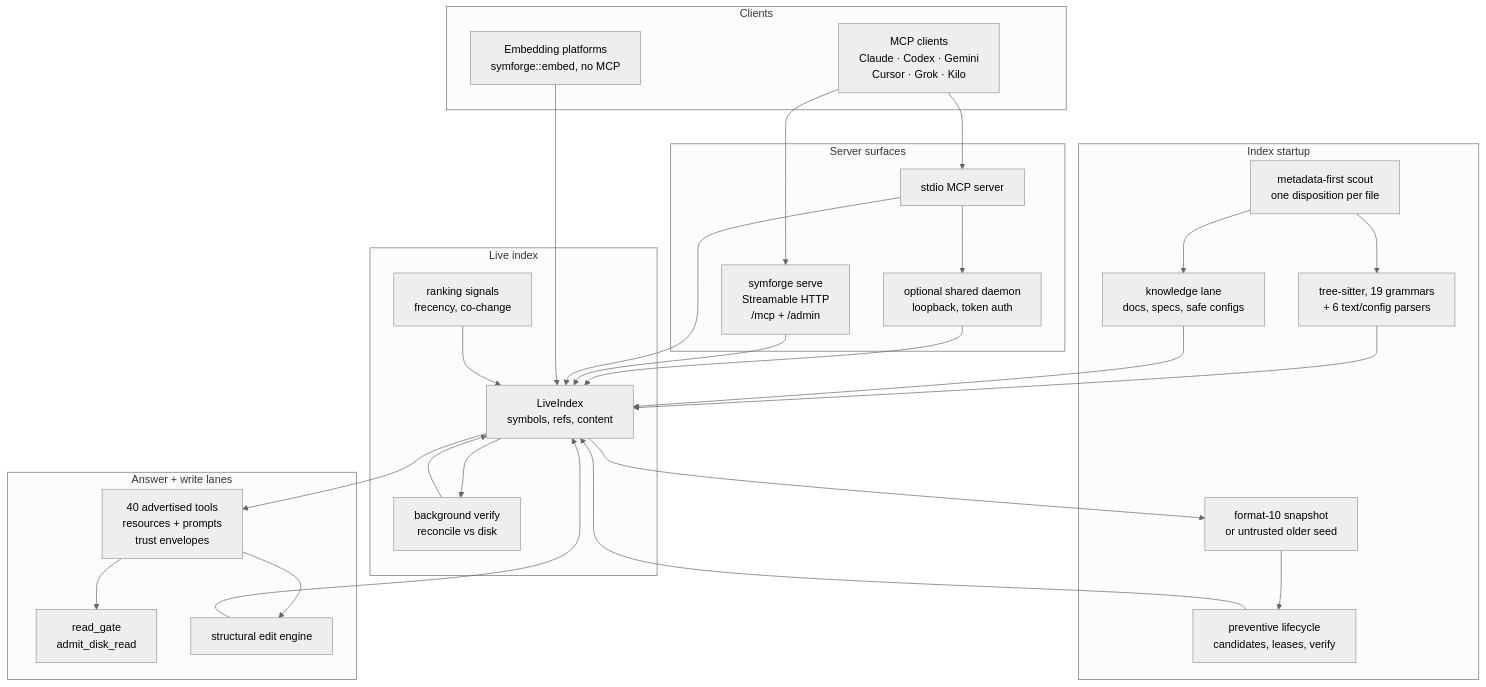
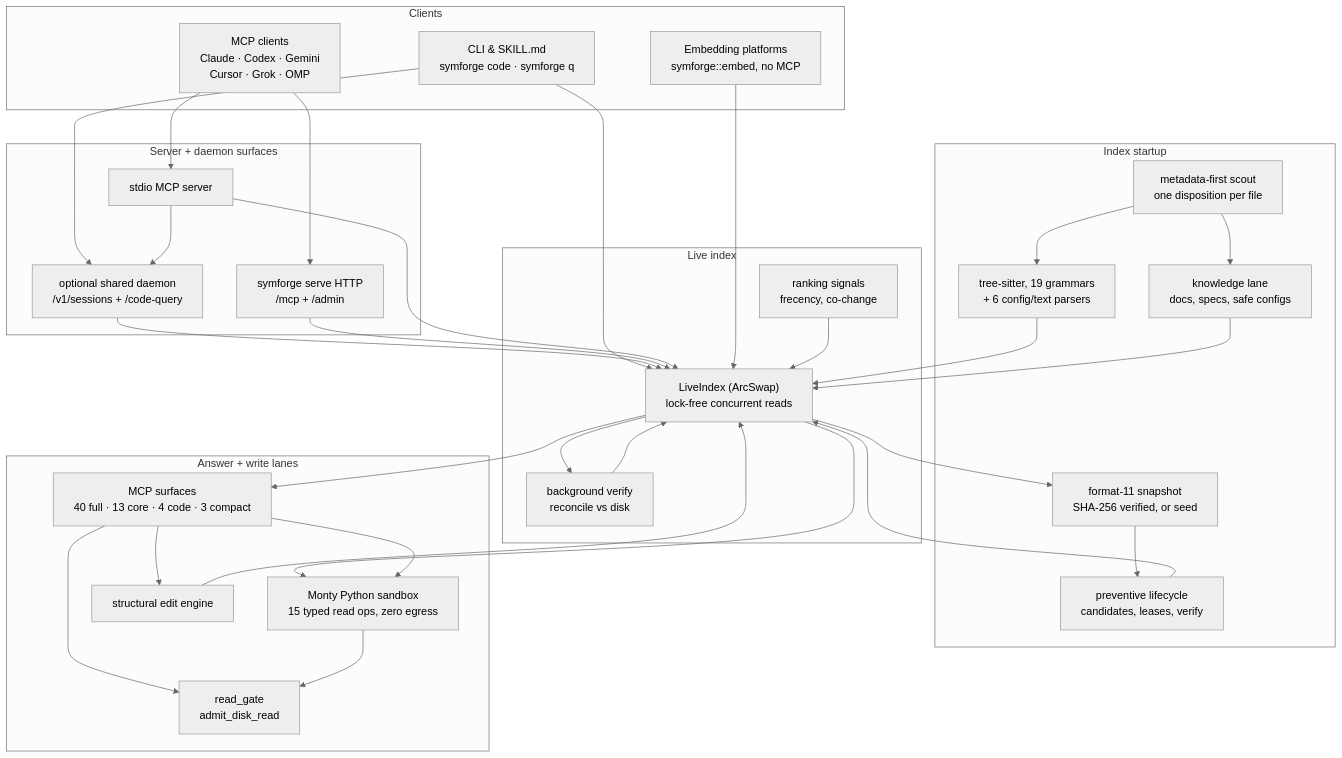
The diagram in README.md (special-place-ai-heaven/symforge), drawn with Mermaid (neutral theme) before and after one commit. The commit also changed other lines of this file, not shown here.

First line of the commit message:
docs(readme): rewrite README.md for SymForge 12.0.0 and Code Mode

````diff
--- a/README.md
+++ b/README.md
@@ -44,57 +48,64 @@
 ```mermaid
 %%{init: {"flowchart": {"htmlLabels": false, "wrappingWidth": 400}}}%%
 flowchart TD
-    accTitle: SymForge architecture
-    accDescr: MCP clients reach the server over stdio or HTTP, embedders call the engine in-process. Startup restores a current-format snapshot or treats an older file as an untrusted seed, then the preventive lifecycle and admission scout feed the live index, which backs the tool, read-gate, and edit lanes.
+    accTitle: SymForge 12.0.0 architecture
+    accDescr: MCP clients, shell-skill agents, and Rust embedders query one LiveIndex backed by ArcSwap lock-free reads. Startup restores a SHA-256-verified format-11 snapshot or treats older formats as untrusted seeds, while MCP surfaces, the Monty zero-egress Python sandbox, admit_disk_read, and the structural edit engine share the live index.
 
     subgraph Clients["Clients"]
-        MCP["MCP clients\nClaude · Codex · Gemini\nCursor · Grok · Kilo"]
+        MCP["MCP clients\nClaude · Codex · Gemini\nCursor · Grok · OMP"]
+        CLI["CLI & SKILL.md\nsymforge code · symforge q"]
         LIB["Embedding platforms\nsymforge::embed, no MCP"]
     end
 
-    subgraph Surfaces["Server surfaces"]
+    subgraph Surfaces["Server + daemon surfaces"]
         STDIO["stdio MCP server"]
-        HTTP["symforge serve\nStreamable HTTP\n/mcp + /admin"]
-        DAEMON["optional shared daemon\nloopback, token auth"]
+        HTTP["symforge serve HTTP\n/mcp + /admin"]
+        DAEMON["optional shared daemon\n/v1/sessions + /code-query"]
     end
 
     subgraph Startup["Index startup"]
-        SNAP["format-10 snapshot\nor untrusted older seed"]
+        SNAP["format-11 snapshot\nSHA-256 verified, or seed"]
         SCOUT["metadata-first scout\none disposition per file"]
-        PARSE["tree-sitter, 19 grammars\n+ 6 text/config parsers"]
+        PARSE["tree-sitter, 19 grammars\n+ 6 config/text parsers"]
         KNOW["knowledge lane\ndocs, specs, safe configs"]
         LIFE["preventive lifecycle\ncandidates, leases, verify"]
     end
 
     subgraph Core["Live index"]
-        IDX["LiveIndex\nsymbols, refs, content"]
+        IDX["LiveIndex (ArcSwap)\nlock-free concurrent reads"]
         SIG["ranking signals\nfrecency, co-change"]
         VERIFY["background verify\nreconcile vs disk"]
     end
 
     subgraph Lanes["Answer + write lanes"]
-        TOOLS["40 advertised tools\nresources + prompts\ntrust envelopes"]
+        SURF["MCP surfaces\n40 full · 13 core · 4 code · 3 compact"]
+        SANDBOX["Monty Python sandbox\n15 typed read ops, zero egress"]
         GATE["read_gate\nadmit_disk_read"]
         EDITS["structural edit engine"]
     end
 
     MCP --> STDIO
     MCP --> HTTP
+    CLI --> DAEMON
+    CLI --> IDX
     STDIO --> DAEMON
     DAEMON --> IDX
     HTTP --> IDX
     STDIO --> IDX
     LIB --> IDX
 
     SNAP --> LIFE --> IDX
     SCOUT --> PARSE --> IDX
     SCOUT --> KNOW --> IDX
     SIG --> IDX
     IDX --> VERIFY --> IDX
     IDX --> SNAP
 
-    IDX --> TOOLS
-    TOOLS --> GATE
-    TOOLS --> EDITS
+    IDX --> SURF
+    IDX --> SANDBOX
+    SURF --> SANDBOX
+    SURF --> GATE
+    SANDBOX --> GATE
+    SURF --> EDITS
     EDITS --> IDX
 ```
````
